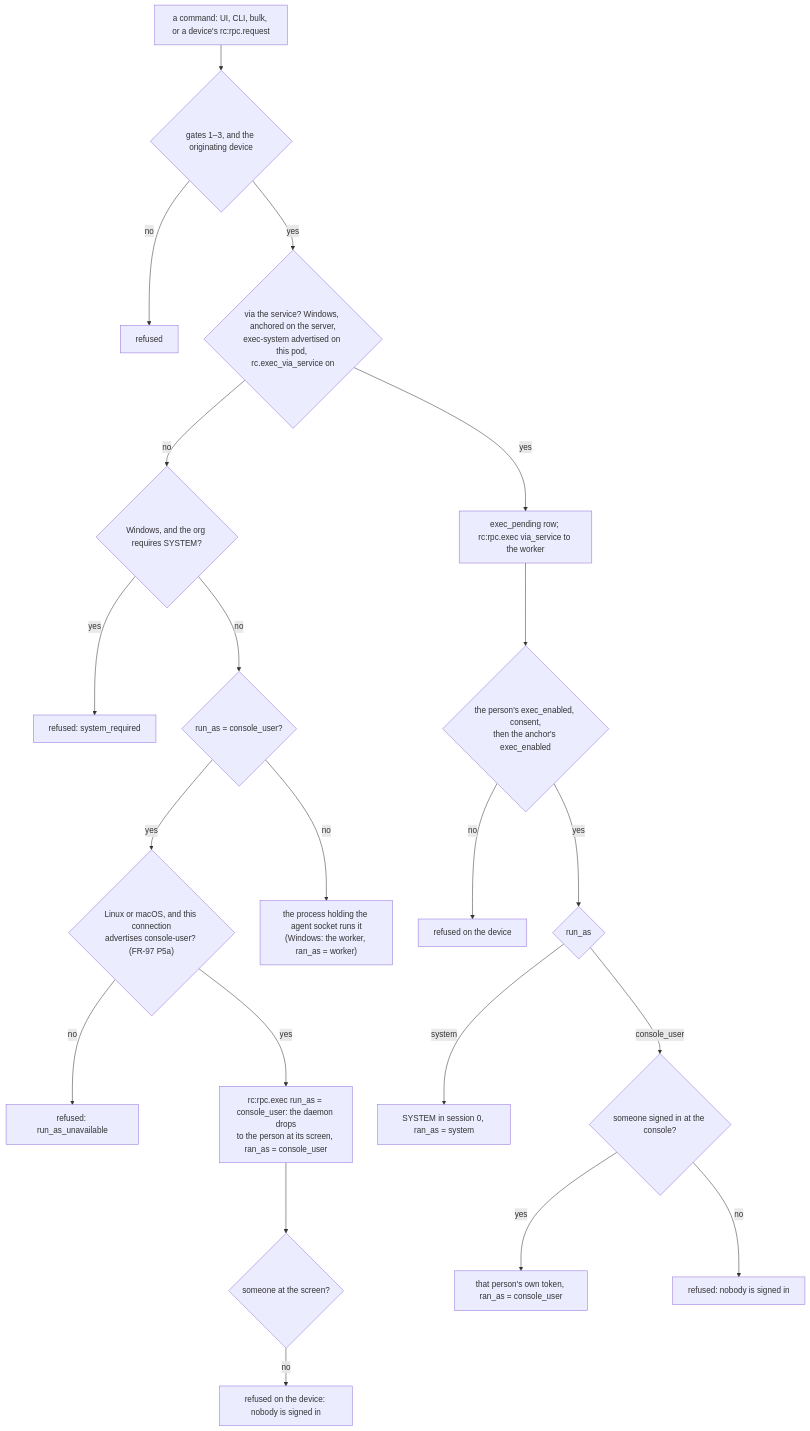
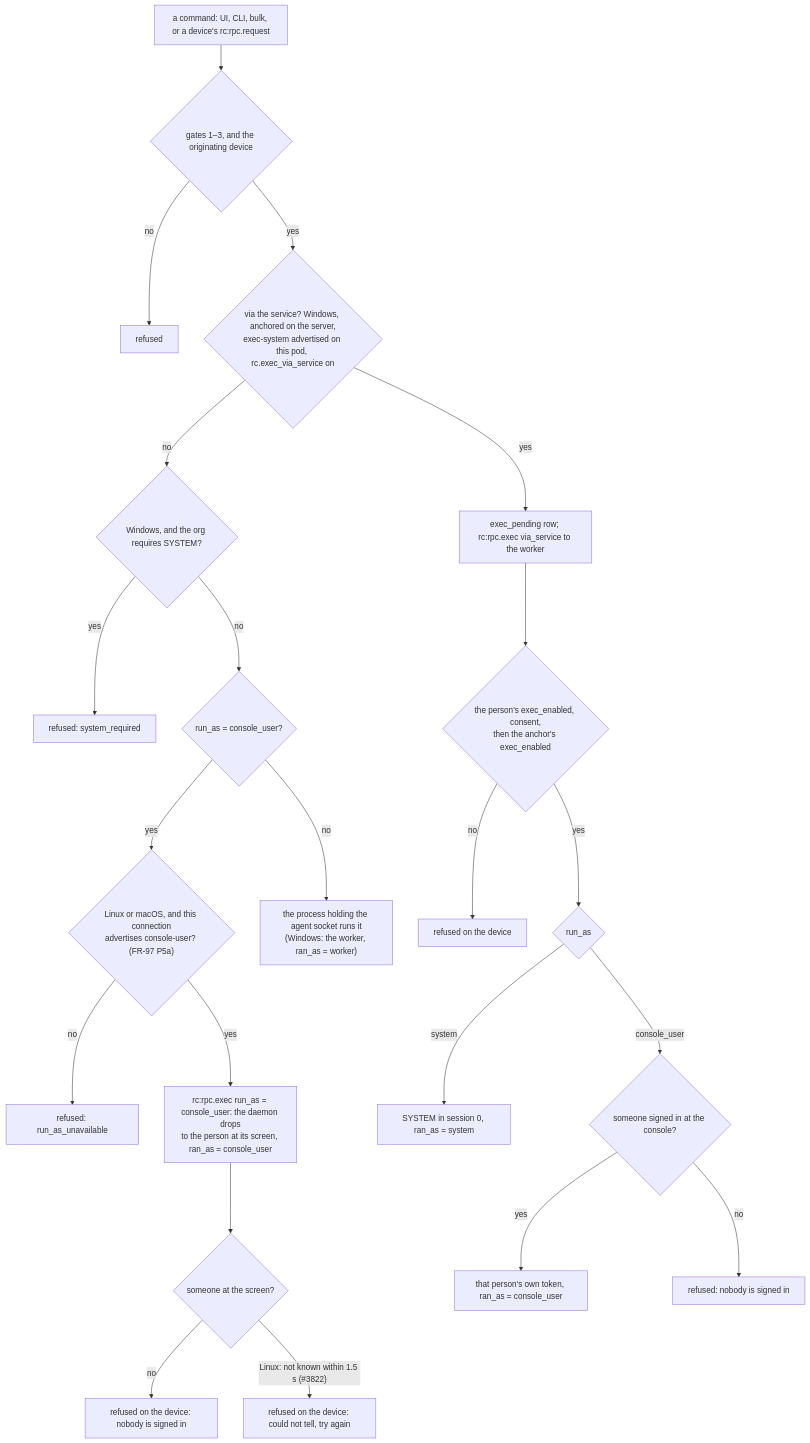
Before and after one commit to gjovanov/roomler-ai: the fifth of 5 diagrams in docs/fleet-rpc.md, drawn with Mermaid. The commit also changed other lines of this file and 29 other files, not shown here.

First line of the commit message:
fix(exec): console_user asks who is at seat0 off the async worker, 1.5 s at most, and a timeout refuses with try again (#3851)

````diff
--- a/docs/fleet-rpc.md
+++ b/docs/fleet-rpc.md
@@ -450,23 +450,24 @@
 ```mermaid
 flowchart TD
   R["a command: UI, CLI, bulk, or a device's rc:rpc.request"] --> G{"gates 1–3, and the originating device"}
   G -- no --> D1["refused"]
   G -- yes --> V{"via the service? Windows, anchored on the server,<br/>exec-system advertised on this pod, rc.exec_via_service on"}
   V -- no --> Q{"Windows, and the org requires SYSTEM?"}
   Q -- yes --> D2["refused: system_required"]
   Q -- no --> C{"run_as = console_user?"}
   C -- yes --> L{"Linux or macOS, and this connection<br/>advertises console-user? (FR-97 P5a)"}
   L -- no --> D3["refused: run_as_unavailable"]
   L -- yes --> PU["rc:rpc.exec run_as = console_user: the daemon drops<br/>to the person at its screen, ran_as = console_user"]
   PU --> T2{"someone at the screen?"}
   T2 -- no --> D6["refused on the device: nobody is signed in"]
+  T2 -- "Linux: not known within 1.5 s (#3822)" --> D7["refused on the device: could not tell, try again"]
   C -- no --> W["the process holding the agent socket runs it<br/>(Windows: the worker, ran_as = worker)"]
   V -- yes --> P["exec_pending row; rc:rpc.exec via_service to the worker"]
   P --> K{"the person's exec_enabled, consent,<br/>then the anchor's exec_enabled"}
   K -- no --> D4["refused on the device"]
   K -- yes --> A{"run_as"}
   A -- system --> S["SYSTEM in session 0, ran_as = system"]
   A -- console_user --> T{"someone signed in at the console?"}
   T -- yes --> U["that person's own token, ran_as = console_user"]
   T -- no --> D5["refused: nobody is signed in"]
 ```
````
